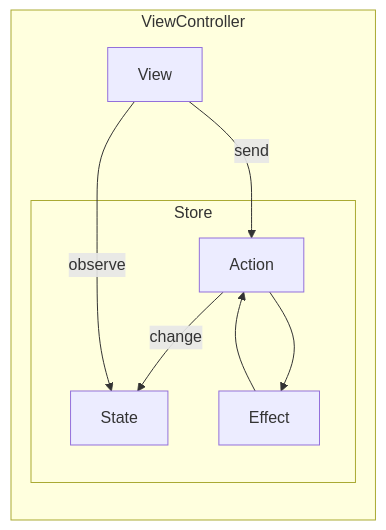
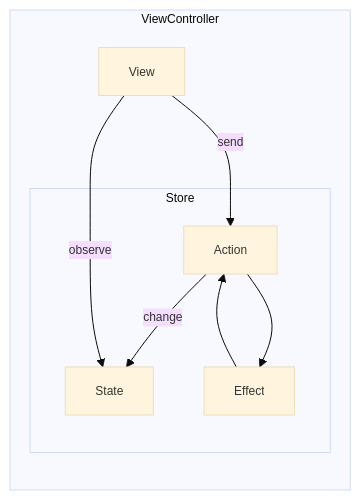
Before and after one commit to LURKS02/GloomyDiary: the second of 2 diagrams in README.md, drawn with Mermaid. The commit also changed other lines of this file, not shown here.

````diff
--- a/README.md
+++ b/README.md
@@ -36,12 +61,13 @@
 ```mermaid
+%%{init: {"theme": "base", "themeVariables": {"fontSize": "12px", "nodeSpacing": "5"}}}%%
 flowchart LR
     subgraph ViewController
     View -- send --> Action
     subgraph Store
     Action -- change --> State
     Action --> Effect
     Effect --> Action
     end
     View -- observe --> State
     end
 ```
````
